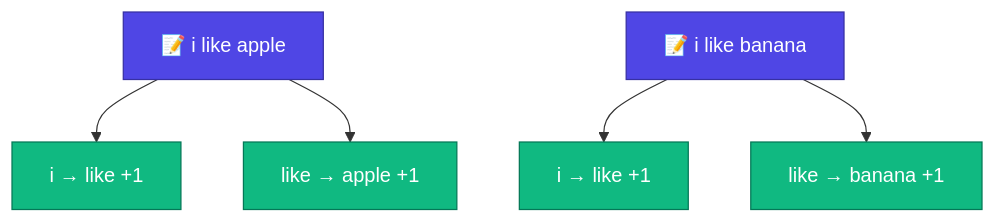
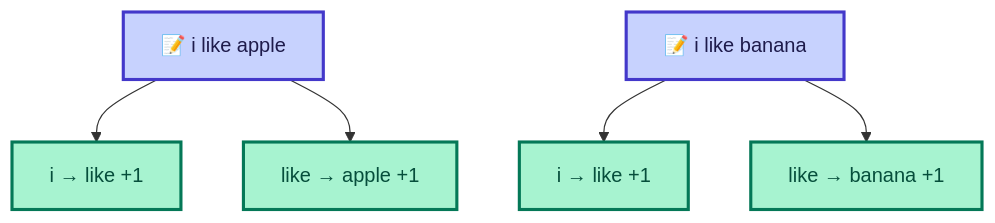
Before and after one commit to bhNibir/build-own-llm: the diagram in content/docs/part-02-bigram/02-count-model.mdx, drawn with Mermaid. The commit also changed 22 other files, not shown here.

First line of the commit message:
Refactor Mermaid and diagram styles for improved readability and consistency

````diff
--- a/content/docs/part-02-bigram/02-count-model.mdx
+++ b/content/docs/part-02-bigram/02-count-model.mdx
@@ -14,9 +14,9 @@
 ```mermaid
 flowchart TD
     A["📝 i like apple"]:::input --> B["i → like +1"]:::process
     A --> C["like → apple +1"]:::process
     D["📝 i like banana"]:::input --> E["i → like +1"]:::process
     D --> F["like → banana +1"]:::process
-    classDef input fill:#4F46E5,color:#fff,stroke:#3730A3
-    classDef process fill:#10B981,color:#fff,stroke:#047857
+    classDef input fill:#C7D2FE,color:#1E1B4B,stroke:#4338CA,stroke-width:2.5px
+    classDef process fill:#A7F3D0,color:#064E3B,stroke:#047857,stroke-width:2.5px
 ```
````
